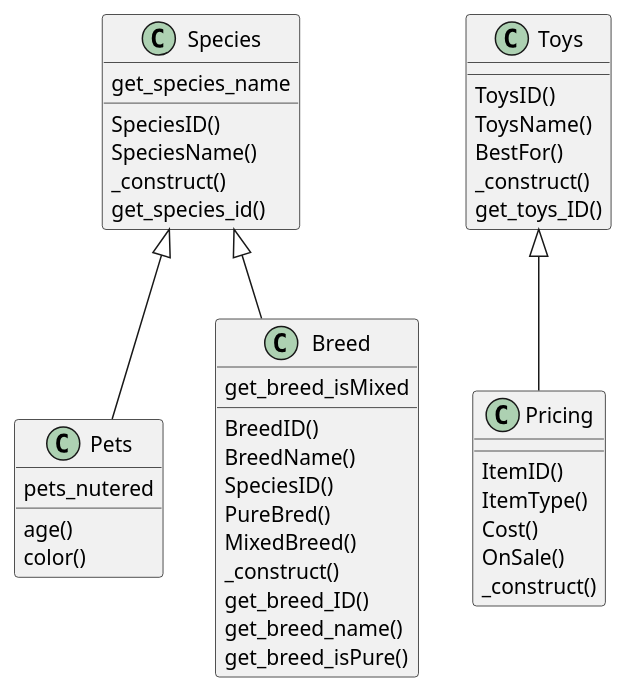
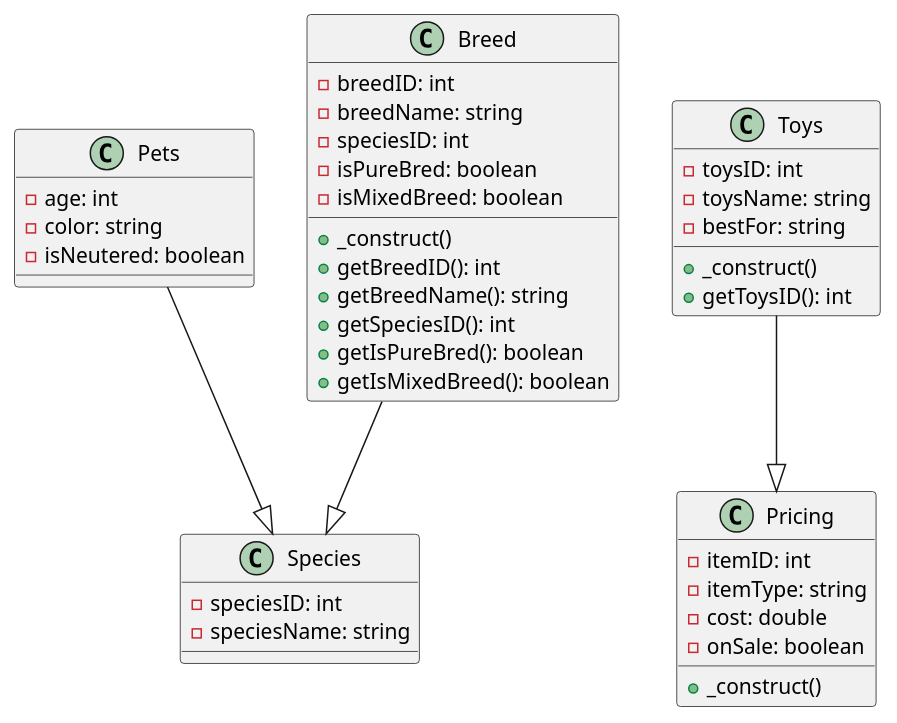
The diagram in project1/pet-store.puml (NiqueNat/block3-adv-web), drawn with PlantUML before and after one commit. The commit also changed other lines of this file, not shown here.

```diff
--- a/project1/pet-store.puml
+++ b/project1/pet-store.puml
@@ -1,52 +1,48 @@
 @startuml
 
-class Pets{
-  age()
-  color()
-  pets_nutered
-
-}
-
-class Pets extends Species {
-
-}
-
-class Breed extends Species {
-  BreedID()
-  BreedName()
-  SpeciesID()
-  PureBred()
-  MixedBreed()
-_construct()
-get_breed_ID()
-get_breed_name()
-get_breed_isPure()
-get_breed_isMixed
+class Pets {
+  - age: int
+  - color: string
+  - isNeutered: boolean
 }
 
 class Species {
-  SpeciesID()
-  SpeciesName()
-  _construct()
-get_species_id()
-get_species_name
+  - speciesID: int
+  - speciesName: string
+}
+
+class Breed {
+  - breedID: int
+  - breedName: string
+  - speciesID: int
+  - isPureBred: boolean
+  - isMixedBreed: boolean
+  + _construct()
+  + getBreedID(): int
+  + getBreedName(): string
+  + getSpeciesID(): int
+  + getIsPureBred(): boolean
+  + getIsMixedBreed(): boolean
 }
 
 class Toys {
-  ToysID()
-  ToysName()
-  BestFor()
-_construct()
-get_toys_ID()
+  - toysID: int
+  - toysName: string
+  - bestFor: string
+  + _construct()
+  + getToysID(): int
 }
 
-class Pricing extends Toys{
-  ItemID()
-  ItemType()
-  Cost()
-  OnSale()
-_construct()
+class Pricing {
+  - itemID: int
+  - itemType: string
+  - cost: double
+  - onSale: boolean
+  + _construct()
 }
 
+Pets --|> Species
+Breed --|> Species
+Toys --|> Pricing
 
 @enduml
```
